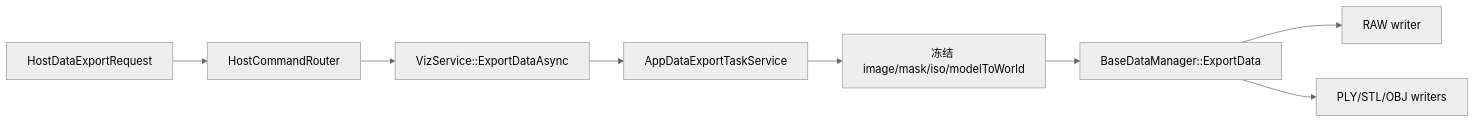
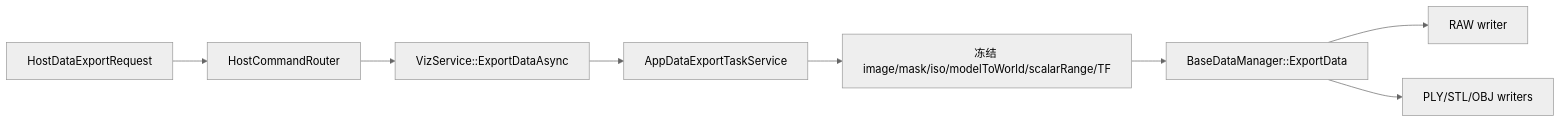
Before and after one commit to HelenTung/MVVCVTK: the third of 5 diagrams in md/MVVCVTKArchitectureReview.md, drawn with Mermaid (neutral theme). The commit also changed other lines of this file and 10 other files, not shown here.

````diff
--- a/md/MVVCVTKArchitectureReview.md
+++ b/md/MVVCVTKArchitectureReview.md
@@ -169,10 +170,10 @@
 ```mermaid
 flowchart LR
     Request[HostDataExportRequest] --> Router[HostCommandRouter]
     Router --> Viz[VizService::ExportDataAsync]
     Viz --> Task[AppDataExportTaskService]
-    Task --> Snapshot[冻结 image/mask/iso/modelToWorld]
+    Task --> Snapshot[冻结 image/mask/iso/modelToWorld/scalarRange/TF]
     Snapshot --> Data[BaseDataManager::ExportData]
     Data --> Raw[RAW writer]
     Data --> Mesh[PLY/STL/OBJ writers]
 ```
````
